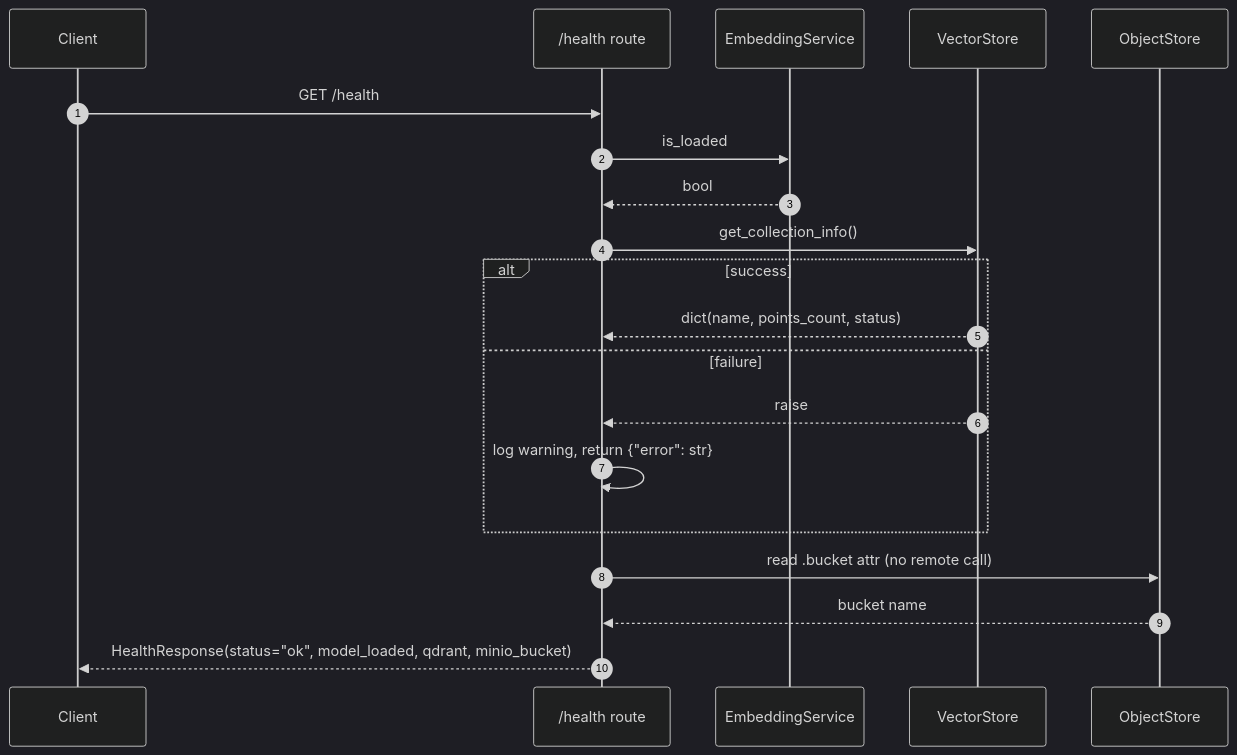
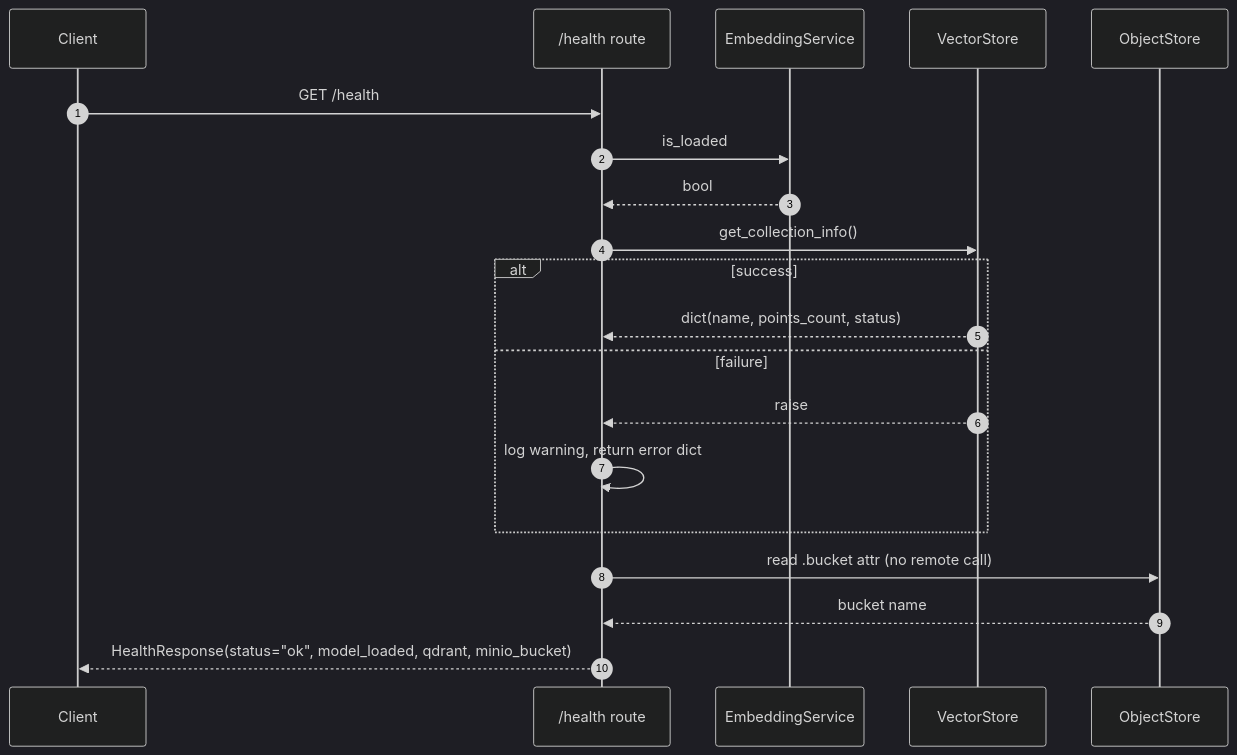
The sixth of 10 diagrams in docs/data-flow.md (percylam0105/CLIP-Image-Retrieval-Gradio-App), drawn with Mermaid (dark theme) before and after one commit. The commit also changed other lines of this file and 2 other files, not shown here.

First line of the commit message:
docs: fix Mermaid parse errors, switch high-level diagram to Mermaid, add beginner setup guide

````diff
--- a/docs/data-flow.md
+++ b/docs/data-flow.md
@@ -196,23 +196,23 @@
 ```mermaid
 sequenceDiagram
     autonumber
     participant C as Client
     participant API as /health route
     participant E as EmbeddingService
     participant V as VectorStore
     participant M as ObjectStore
 
     C->>API: GET /health
     API->>E: is_loaded
     E-->>API: bool
     API->>V: get_collection_info()
     alt success
         V-->>API: dict(name, points_count, status)
     else failure
         V-->>API: raise
-        API->>API: log warning, return {"error": str}
+        API->>API: log warning, return error dict
     end
     API->>M: read .bucket attr (no remote call)
     M-->>API: bucket name
     API-->>C: HealthResponse(status="ok", model_loaded, qdrant, minio_bucket)
 ```
````
